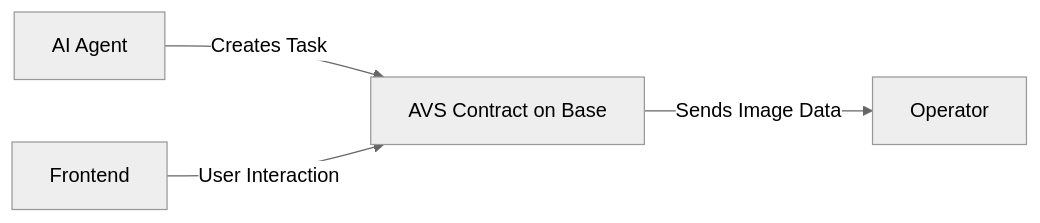
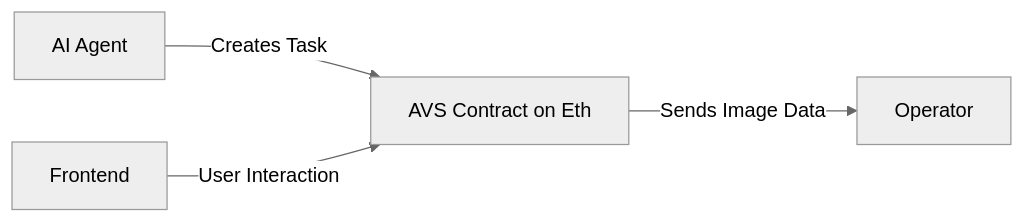
Before and after one commit to keithbeith/agentic-ethereum: the diagram in README.md, drawn with Mermaid (neutral theme).

````diff
--- a/README.md
+++ b/README.md
@@ -21,6 +21,6 @@
 ```mermaid
 graph LR;
-    A[AI Agent] -->|Creates Task| B[AVS Contract on Base];
+    A[AI Agent] -->|Creates Task| B[AVS Contract on Eth];
     B -->|Sends Image Data| C[Operator];
     D[Frontend] -->|User Interaction| B;
 ```
````
